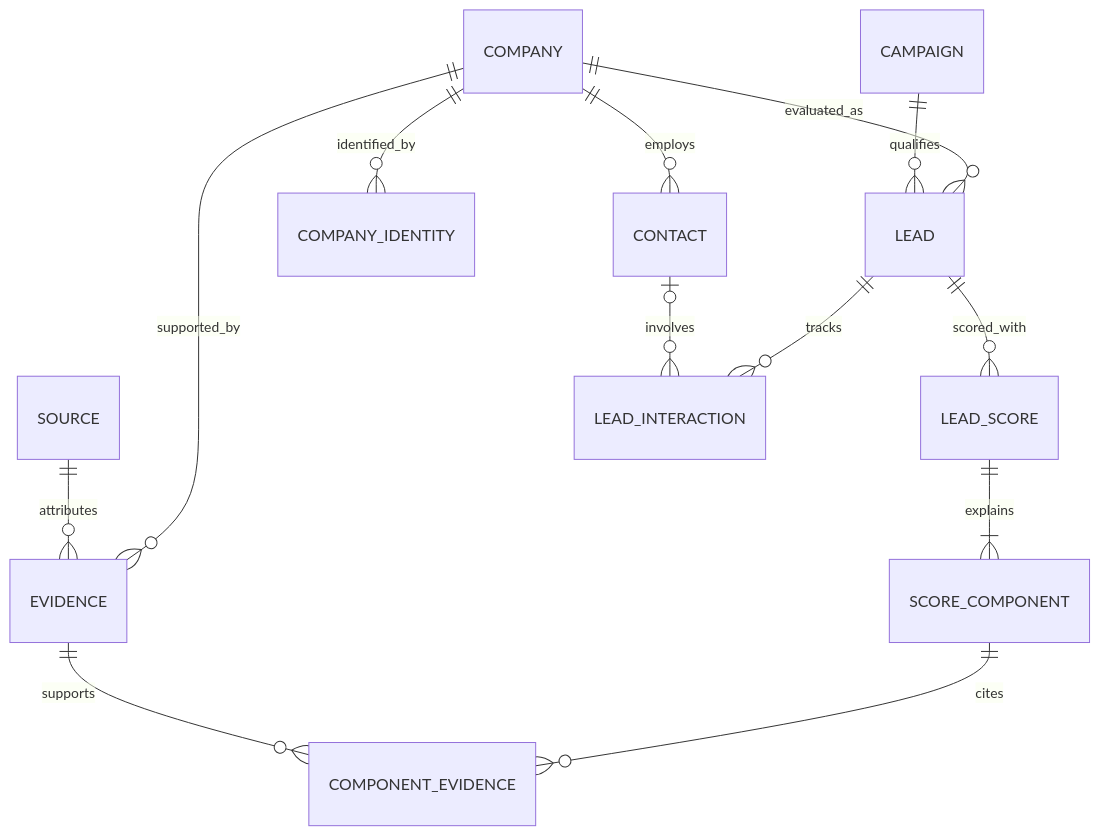
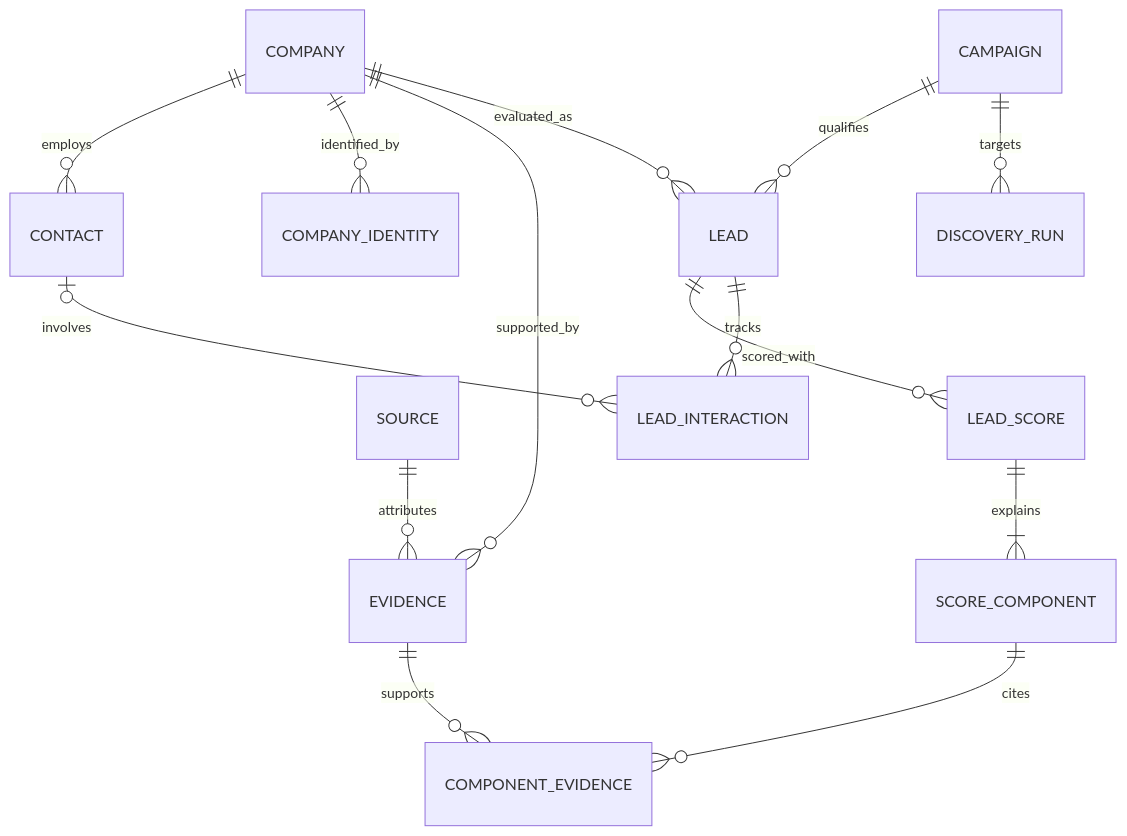
One commit to Franchute10/commercial-lead-engine changed the second of 3 diagrams in docs/architecture.md. Above: the diagram before and after it, drawn with Mermaid. The commit also changed other lines of this file and 21 other files, not shown here.

````diff
--- a/docs/architecture.md
+++ b/docs/architecture.md
@@ -20,15 +23,16 @@
 ```mermaid
 erDiagram
     COMPANY ||--o{ CONTACT : employs
     COMPANY ||--o{ COMPANY_IDENTITY : identified_by
     COMPANY ||--o{ EVIDENCE : supported_by
     SOURCE ||--o{ EVIDENCE : attributes
     COMPANY ||--o{ LEAD : evaluated_as
     CAMPAIGN ||--o{ LEAD : qualifies
+    CAMPAIGN ||--o{ DISCOVERY_RUN : targets
     LEAD ||--o{ LEAD_SCORE : scored_with
     LEAD_SCORE ||--|{ SCORE_COMPONENT : explains
     SCORE_COMPONENT ||--o{ COMPONENT_EVIDENCE : cites
     EVIDENCE ||--o{ COMPONENT_EVIDENCE : supports
     LEAD ||--o{ LEAD_INTERACTION : tracks
     CONTACT o|--o{ LEAD_INTERACTION : involves
 ```
````
